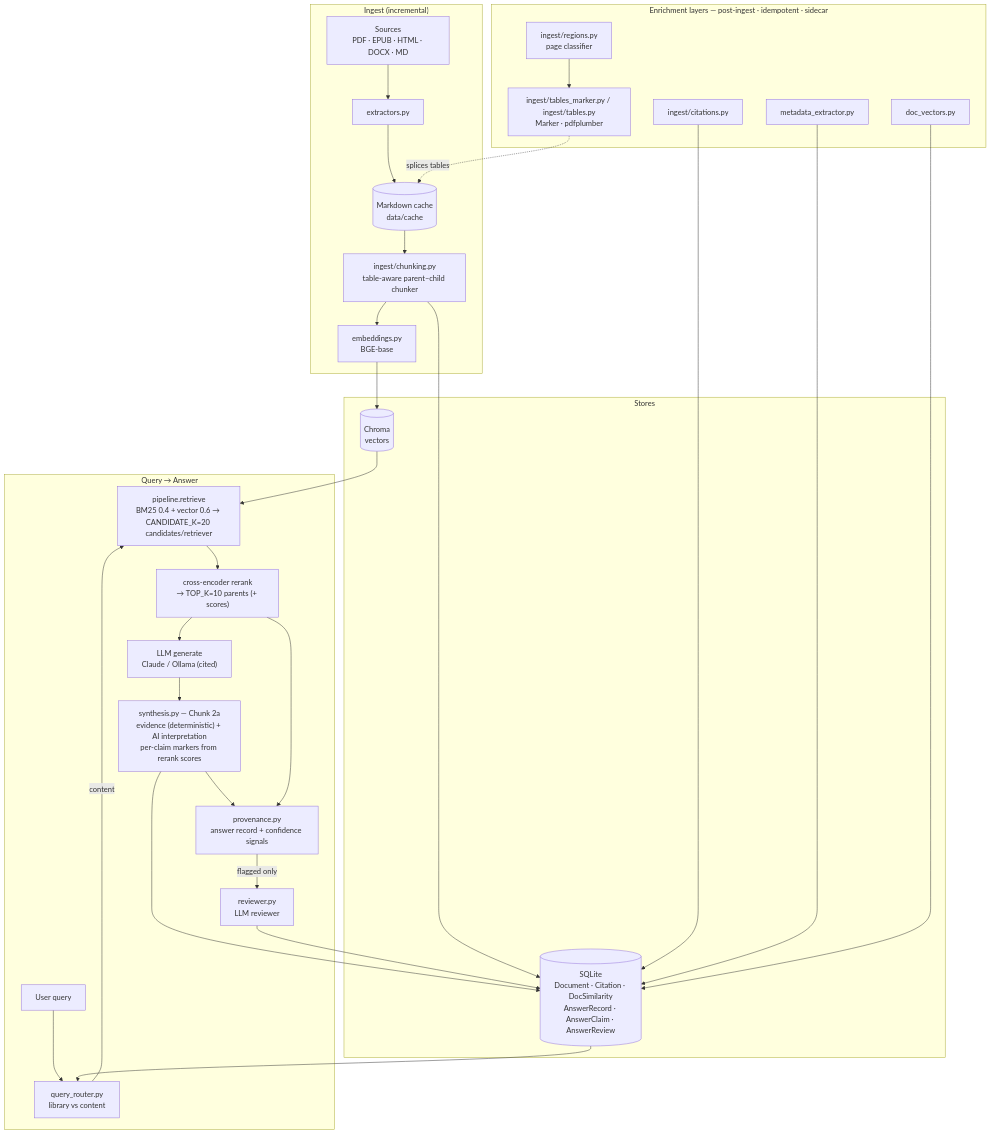
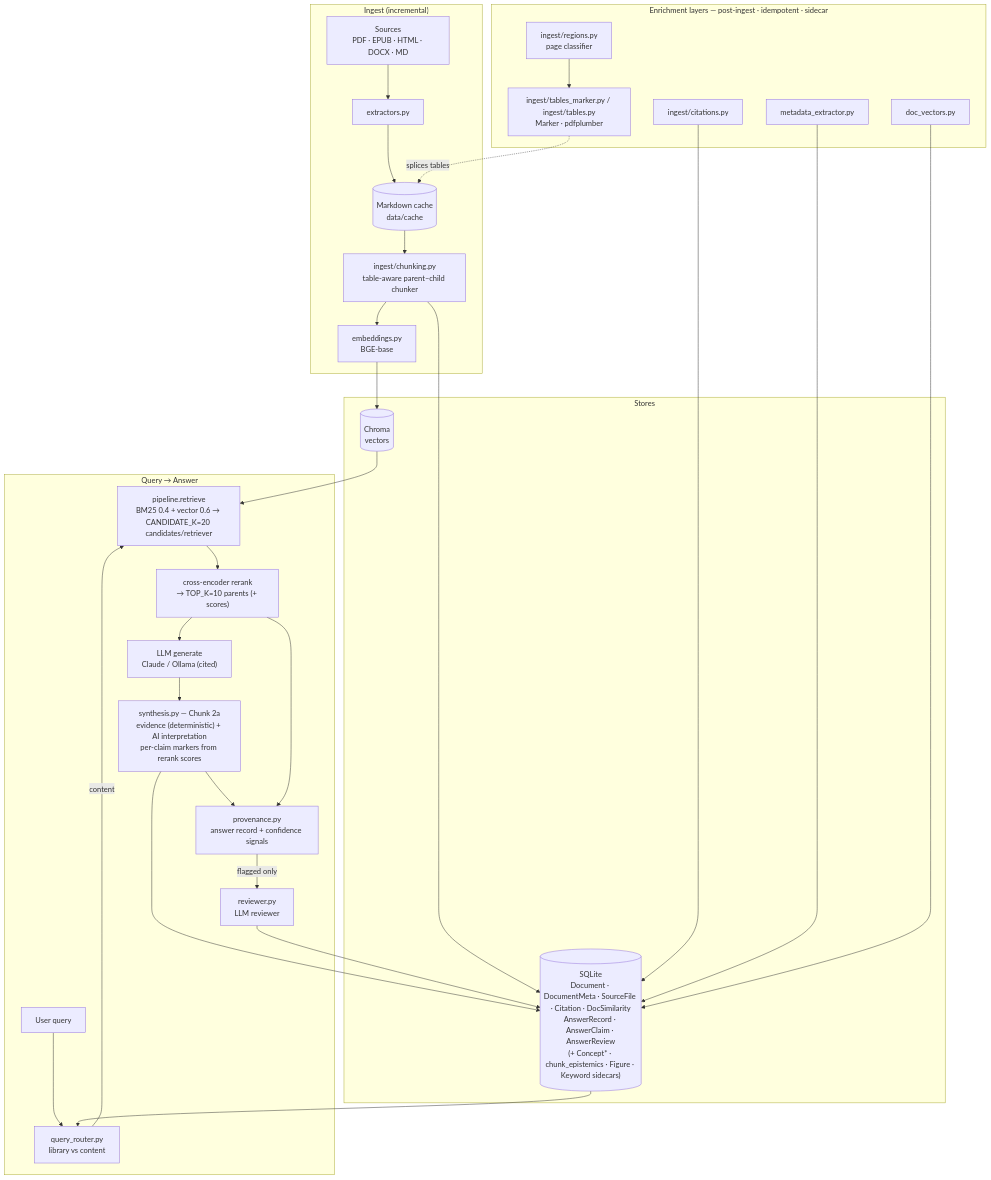
One commit to ldele/doc_assistant changed the first of 2 diagrams in docs/architecture.md. Above: the diagram before and after it, drawn with Mermaid. The commit also changed other lines of this file and 18 other files, not shown here.

````diff
--- a/docs/architecture.md
+++ b/docs/architecture.md
@@ -30,43 +30,43 @@
 ```mermaid
 flowchart TD
     subgraph ING["Ingest (incremental)"]
         SRC["Sources<br/>PDF · EPUB · HTML · DOCX · MD"] --> EXT["extractors.py"]
         EXT --> CACHE[("Markdown cache<br/>data/cache")]
         CACHE --> CHUNK["ingest/chunking.py<br/>table-aware parent–child chunker"]
         CHUNK --> EMB["embeddings.py<br/>BGE-base"]
     end
 
     subgraph ENR["Enrichment layers — post-ingest · idempotent · sidecar"]
         REG["ingest/regions.py<br/>page classifier"] --> TBL["ingest/tables_marker.py / ingest/tables.py<br/>Marker · pdfplumber"]
         CIT["ingest/citations.py"]
         MD["metadata_extractor.py"]
         DV["doc_vectors.py"]
     end
 
     subgraph ST["Stores"]
         CHROMA[("Chroma<br/>vectors")]
-        SQL[("SQLite<br/>Document · Citation · DocSimilarity<br/>AnswerRecord · AnswerClaim · AnswerReview")]
+        SQL[("SQLite<br/>Document · DocumentMeta · SourceFile · Citation · DocSimilarity<br/>AnswerRecord · AnswerClaim · AnswerReview<br/>(+ Concept* · chunk_epistemics · Figure · Keyword sidecars)")]
     end
 
     subgraph QRY["Query → Answer"]
         Q["User query"] --> ROUTE["query_router.py<br/>library vs content"]
         ROUTE -->|content| RET["pipeline.retrieve<br/>BM25 0.4 + vector 0.6 → CANDIDATE_K=20 candidates/retriever"]
         RET --> RR["cross-encoder rerank<br/>→ TOP_K=10 parents (+ scores)"]
         RR --> GEN["LLM generate<br/>Claude / Ollama (cited)"]
         GEN --> SYN["synthesis.py — Chunk 2a<br/>evidence (deterministic) + AI interpretation<br/>per-claim markers from rerank scores"]
         SYN --> PROV["provenance.py<br/>answer record + confidence signals"]
         PROV -->|flagged only| REV["reviewer.py<br/>LLM reviewer"]
     end
 
     EMB --> CHROMA
     CHUNK --> SQL
     CIT --> SQL
     MD --> SQL
     DV --> SQL
     TBL -. splices tables .-> CACHE
     CHROMA --> RET
     SQL --> ROUTE
     RR --> PROV
     SYN --> SQL
     REV --> SQL
 ```
````
